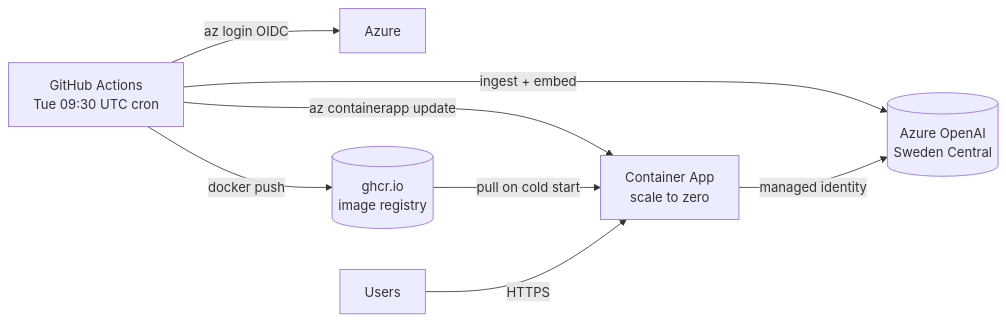
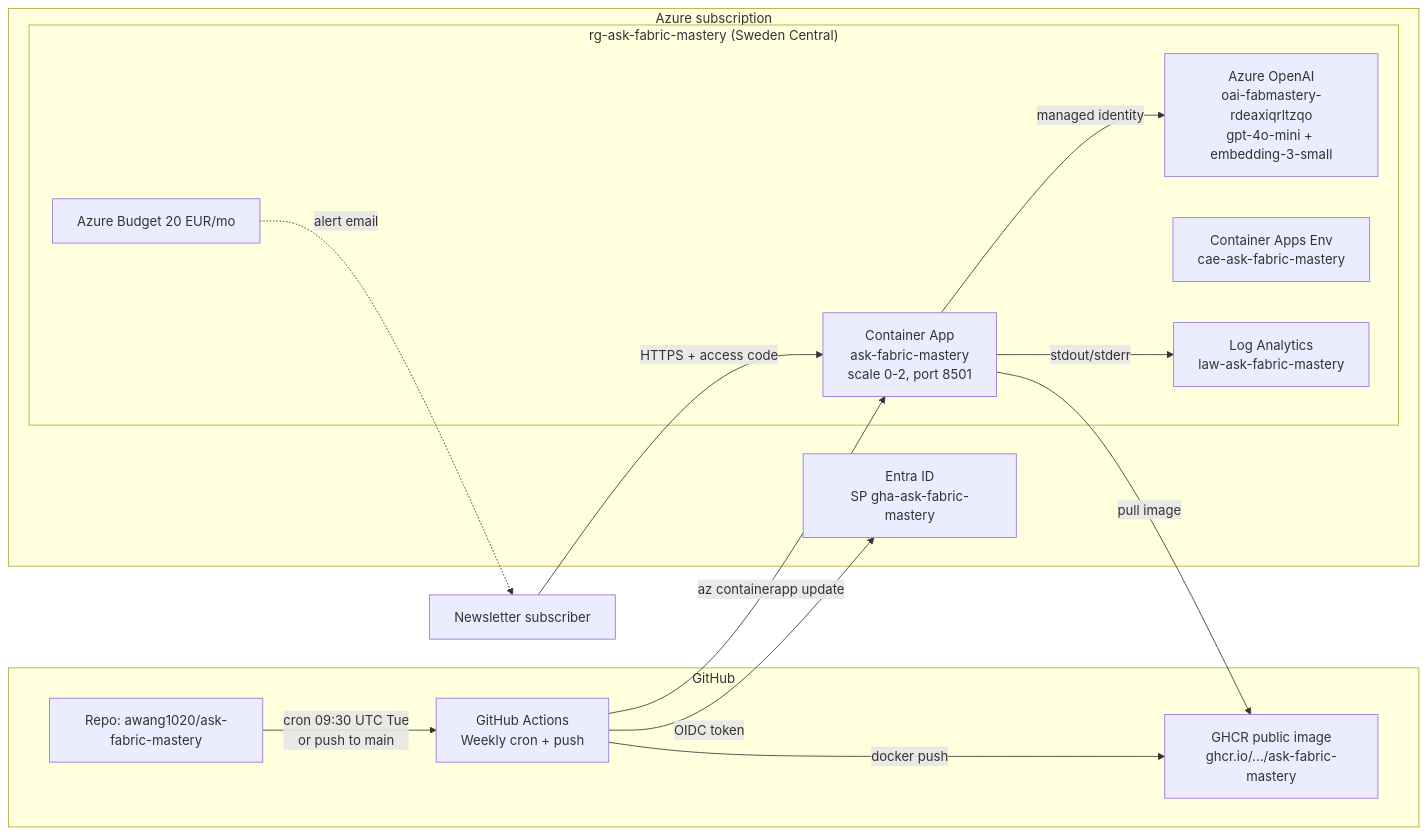
One commit to awang1020/ask-fabric-mastery changed the diagram in README.md. Above: the diagram before and after it, drawn with Mermaid. The commit also changed other lines of this file and 6 other files, not shown here.

Commit message:
feat(security): password gate + per-session rate limit + AOAI TPM cap + budget + tightened RBAC + full README

````diff
--- a/README.md
+++ b/README.md
@@ -155,10 +45,29 @@
 ```mermaid
 flowchart LR
-    GH[GitHub Actions<br/>Tue 09:30 UTC cron] -->|az login OIDC| AZ[Azure]
-    GH -->|ingest + embed| AOAI[(Azure OpenAI<br/>Sweden Central)]
-    GH -->|docker push| GHCR[(ghcr.io<br/>image registry)]
-    GH -->|az containerapp update| CA[Container App<br/>scale to zero]
-    GHCR -->|pull on cold start| CA
-    CA -->|managed identity| AOAI
-    Users[Users] -->|HTTPS| CA
+    subgraph "GitHub"
+        REPO[Repo: awang1020/ask-fabric-mastery]
+        GHA[GitHub Actions<br/>Weekly cron + push]
+        GHCR[GHCR public image<br/>ghcr.io/.../ask-fabric-mastery]
+    end
+
+    subgraph "Azure subscription"
+        subgraph "rg-ask-fabric-mastery (Sweden Central)"
+            AOAI[Azure OpenAI<br/>oai-fabmastery-rdeaxiqrltzqo<br/>gpt-4o-mini + embedding-3-small]
+            ACA[Container App<br/>ask-fabric-mastery<br/>scale 0-2, port 8501]
+            ENV[Container Apps Env<br/>cae-ask-fabric-mastery]
+            LAW[Log Analytics<br/>law-ask-fabric-mastery]
+            BUDGET[Azure Budget 20 EUR/mo]
+        end
+        ENTRA[Entra ID<br/>SP gha-ask-fabric-mastery]
+    end
+
+    USER[Newsletter subscriber] -->|HTTPS + access code| ACA
+    REPO -->|cron 09:30 UTC Tue<br/>or push to main| GHA
+    GHA -->|OIDC token| ENTRA
+    GHA -->|docker push| GHCR
+    GHA -->|az containerapp update| ACA
+    ACA -->|managed identity| AOAI
+    ACA -->|stdout/stderr| LAW
+    ACA -->|pull image| GHCR
+    BUDGET -.->|alert email| USER
 ```
````
